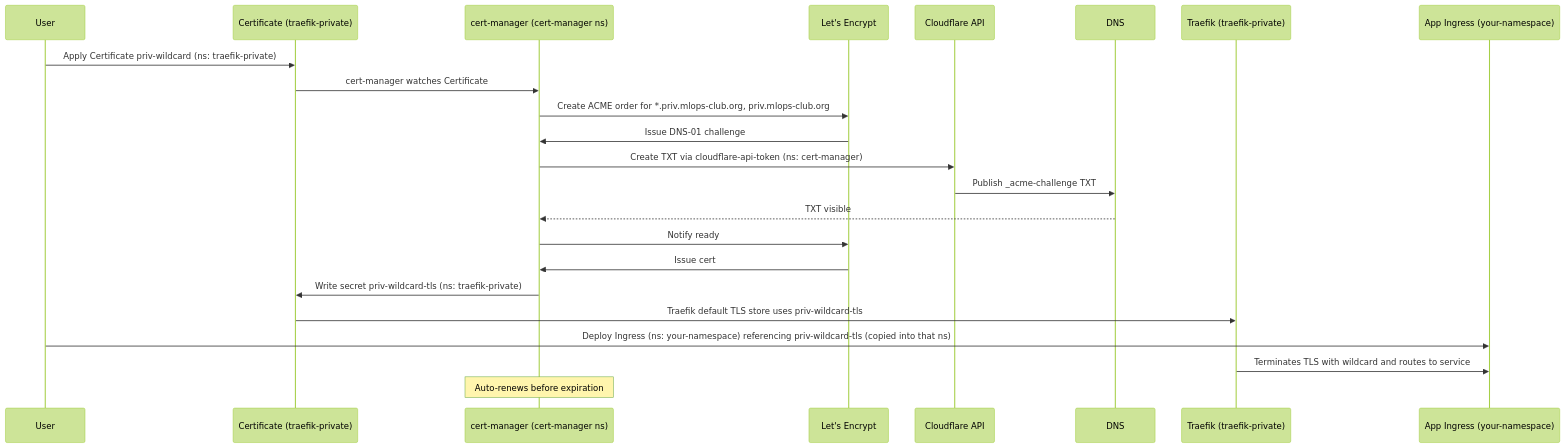
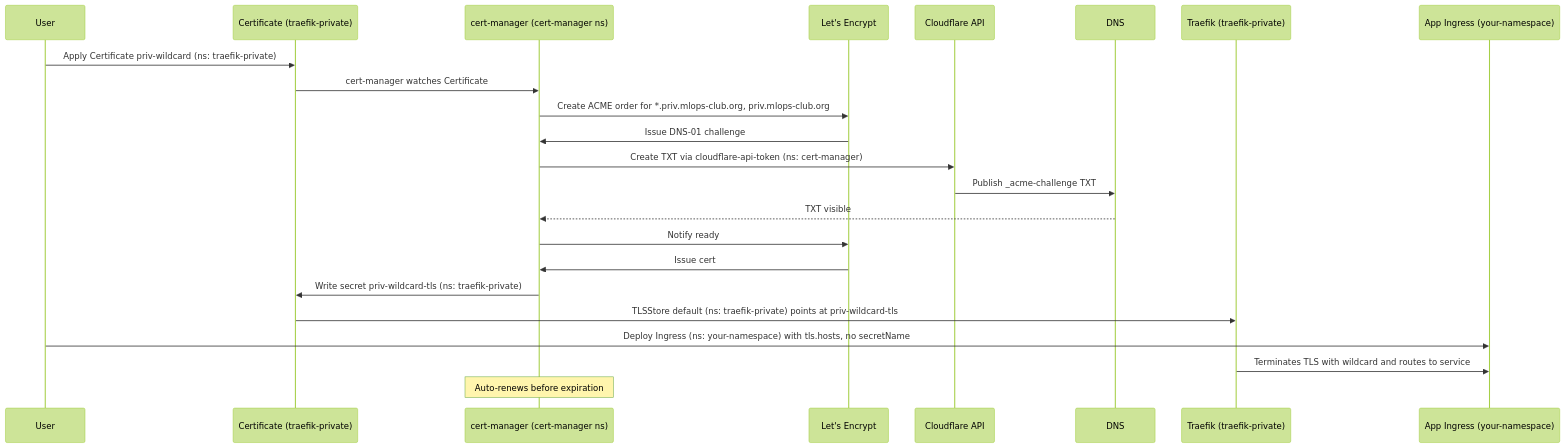
The diagram in network/private/cert-manager/LETSENCRYPT_SETUP.md (mlops-club/homelab-cluster), drawn with Mermaid (forest theme) before and after one commit. The commit also changed other lines of this file and 40 other files, not shown here.

First line of the commit message:
refactor(network): default TLSStore per Traefik, remove Reflector (#48)

````diff
--- a/network/private/cert-manager/LETSENCRYPT_SETUP.md
+++ b/network/private/cert-manager/LETSENCRYPT_SETUP.md
@@ -28,27 +29,27 @@
 ```mermaid
 sequenceDiagram
     participant User
     participant Cert as Certificate (traefik-private)
     participant CM as cert-manager (cert-manager ns)
     participant LE as Let's Encrypt
     participant CF as Cloudflare API
     participant DNS as DNS
     participant TQ as Traefik (traefik-private)
     participant App as App Ingress (your-namespace)
 
     User->>Cert: Apply Certificate priv-wildcard (ns: traefik-private)
     Cert->>CM: cert-manager watches Certificate
     CM->>LE: Create ACME order for *.priv.mlops-club.org, priv.mlops-club.org
     LE->>CM: Issue DNS-01 challenge
     CM->>CF: Create TXT via cloudflare-api-token (ns: cert-manager)
     CF->>DNS: Publish _acme-challenge TXT
     DNS-->>CM: TXT visible
     CM->>LE: Notify ready
     LE->>CM: Issue cert
     CM->>Cert: Write secret priv-wildcard-tls (ns: traefik-private)
-    Cert->>TQ: Traefik default TLS store uses priv-wildcard-tls
-    User->>App: Deploy Ingress (ns: your-namespace) referencing priv-wildcard-tls (copied into that ns)
+    Cert->>TQ: TLSStore default (ns: traefik-private) points at priv-wildcard-tls
+    User->>App: Deploy Ingress (ns: your-namespace) with tls.hosts, no secretName
     TQ->>App: Terminates TLS with wildcard and routes to service
 
     Note over CM: Auto-renews before expiration
 ```
````
